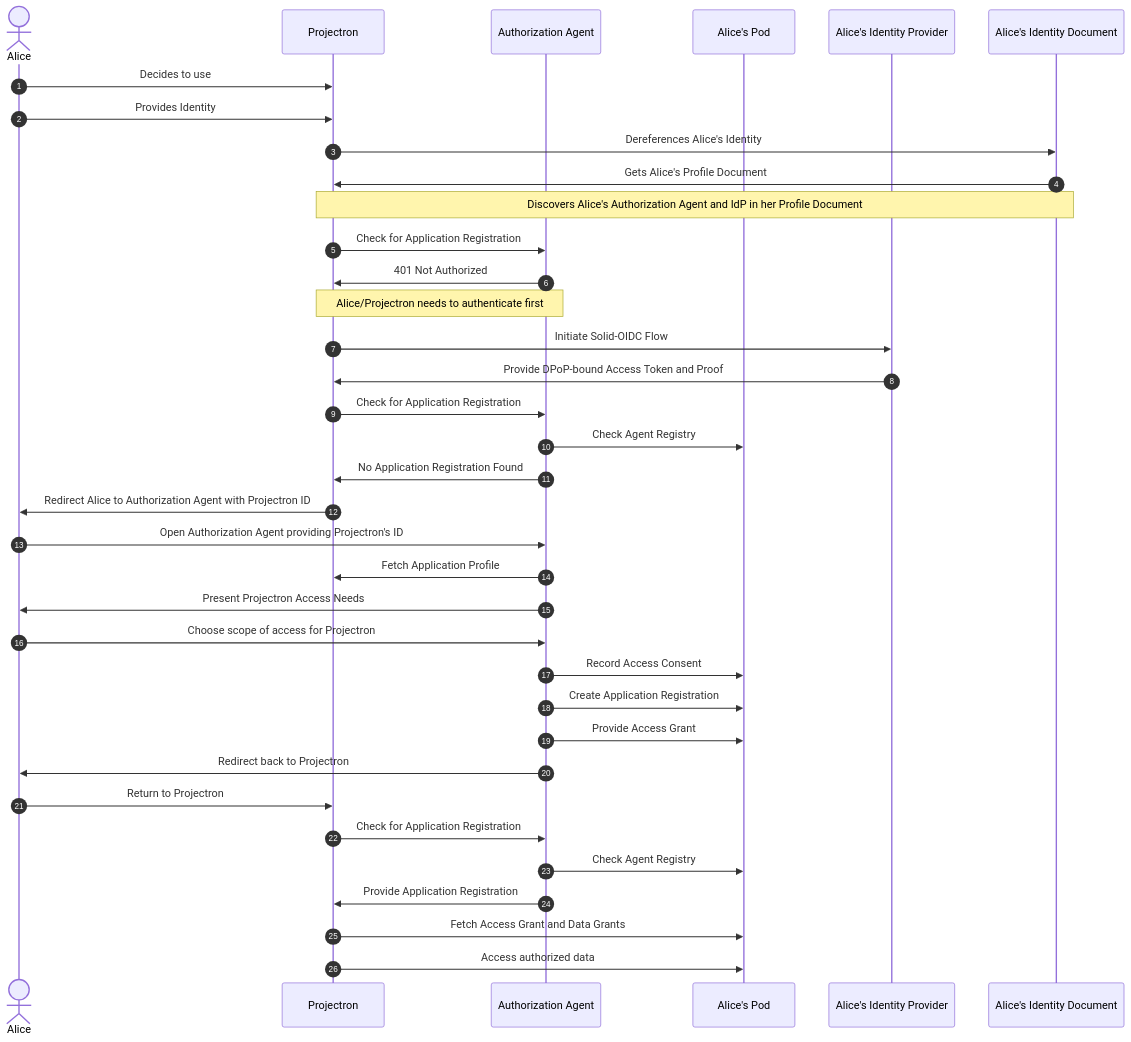
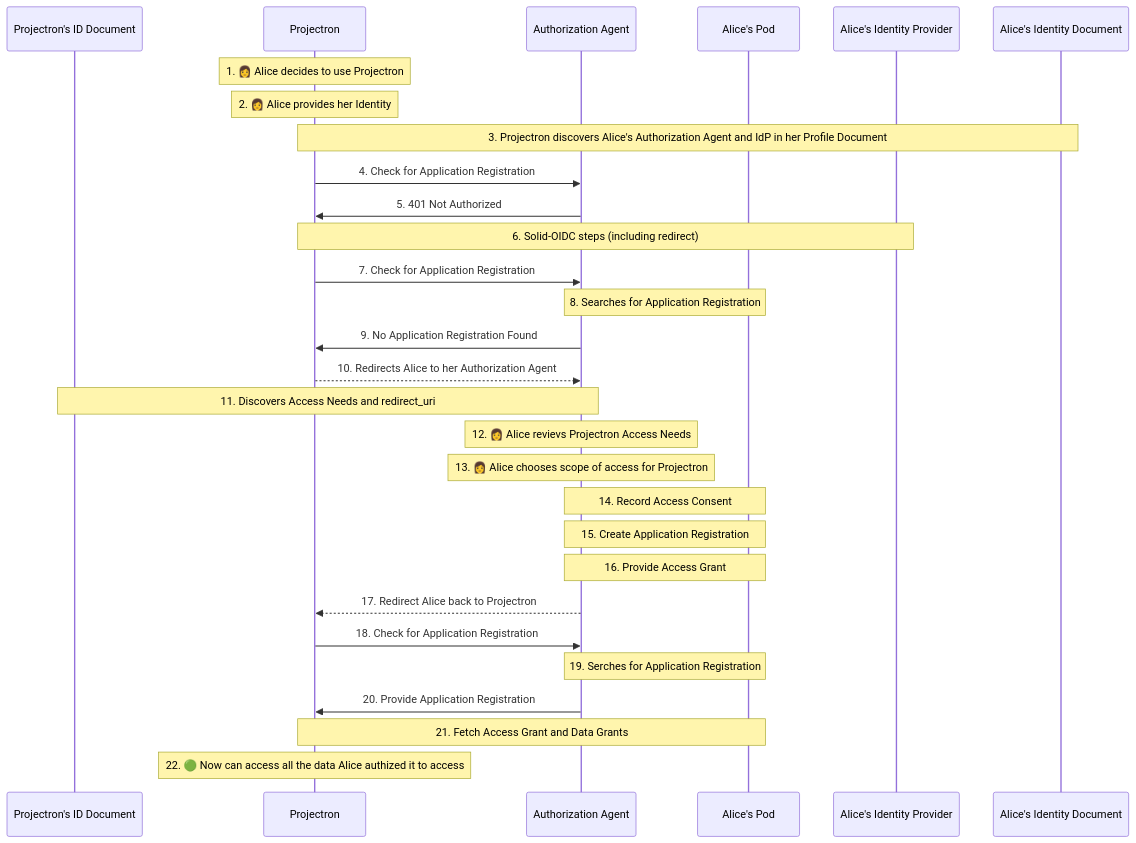
One commit to solid/data-interoperability-panel changed the diagram in proposals/specification/diagrams/application-requests-access-flow.seq.mmd. Above: the diagram before and after it, drawn with Mermaid. The commit also changed other lines of this file and 2 other files, not shown here.

Commit message:
modified app req access sequence diagram

```diff
--- a/proposals/specification/diagrams/application-requests-access-flow.seq.mmd
+++ b/proposals/specification/diagrams/application-requests-access-flow.seq.mmd
@@ -1,36 +1,29 @@
 sequenceDiagram
-    autonumber
-    actor Alice
+    participant Projectron's ID Document
     participant Projectron
     participant Authorization Agent
     participant Alice's Pod
     participant Alice's Identity Provider
     participant Alice's Identity Document
-    Alice->>Projectron: Decides to use
-    Alice->>Projectron: Provides Identity
-    Projectron->>Alice's Identity Document: Dereferences Alice's Identity
-    Alice's Identity Document->>Projectron: Gets Alice's Profile Document
-    Note over Alice's Identity Document,Projectron: Discovers Alice's Authorization Agent and IdP in her Profile Document
-    Projectron->>Authorization Agent: Check for Application Registration
-    Authorization Agent->>Projectron: 401 Not Authorized
-    Note over Authorization Agent,Projectron: Alice/Projectron needs to authenticate first
-    Projectron->>Alice's Identity Provider: Initiate Solid-OIDC Flow
-    Alice's Identity Provider->>Projectron: Provide DPoP-bound Access Token and Proof
-    Projectron->>Authorization Agent: Check for Application Registration
-    Authorization Agent->>Alice's Pod: Check Agent Registry
-    Authorization Agent->>Projectron: No Application Registration Found
-    Projectron->>Alice: Redirect Alice to Authorization Agent with Projectron ID
-    Alice->>Authorization Agent: Open Authorization Agent providing Projectron's ID
-    Authorization Agent->>Projectron: Fetch Application Profile
-    Authorization Agent->>Alice: Present Projectron Access Needs
-    Alice->>Authorization Agent: Choose scope of access for Projectron
-    Authorization Agent->>Alice's Pod: Record Access Consent
-    Authorization Agent->>Alice's Pod: Create Application Registration
-    Authorization Agent->>Alice's Pod: Provide Access Grant
-    Authorization Agent->>Alice: Redirect back to Projectron
-    Alice->>Projectron: Return to Projectron
-    Projectron->>Authorization Agent: Check for Application Registration
-    Authorization Agent->>Alice's Pod: Check Agent Registry
-    Authorization Agent->>Projectron: Provide Application Registration
-    Projectron->>Alice's Pod: Fetch Access Grant and Data Grants
-    Projectron->>Alice's Pod: Access authorized data
+    Note over Projectron: 1. 👩 Alice decides to use Projectron
+    Note over Projectron: 2. 👩 Alice provides her Identity
+    Note over Alice's Identity Document,Projectron: 3. Projectron discovers Alice's Authorization Agent and IdP in her Profile Document
+    Projectron->>Authorization Agent: 4. Check for Application Registration
+    Authorization Agent->>Projectron: 5. 401 Not Authorized
+    Note over Projectron, Alice's Identity Provider: 6. Solid-OIDC steps (including redirect)
+    Projectron->>Authorization Agent: 7. Check for Application Registration
+    Note over Authorization Agent, Alice's Pod: 8. Searches for Application Registration
+    Authorization Agent->>Projectron: 9. No Application Registration Found
+    Projectron-->>Authorization Agent: 10. Redirects Alice to her Authorization Agent
+    Note over Projectron's ID Document, Authorization Agent: 11. Discovers Access Needs and redirect_uri
+    Note over Authorization Agent: 12. 👩 Alice revievs Projectron Access Needs
+    Note over Authorization Agent: 13. 👩 Alice chooses scope of access for Projectron
+    Note over Authorization Agent, Alice's Pod: 14. Record Access Consent
+    Note over Authorization Agent, Alice's Pod: 15. Create Application Registration
+    Note over Authorization Agent, Alice's Pod: 16. Provide Access Grant
+    Authorization Agent-->>Projectron: 17. Redirect Alice back to Projectron
+    Projectron->>Authorization Agent: 18. Check for Application Registration
+    Note over Authorization Agent, Alice's Pod: 19. Serches for Application Registration
+    Authorization Agent->>Projectron: 20. Provide Application Registration
+    Note over Projectron, Alice's Pod: 21. Fetch Access Grant and Data Grants
+    Note over Projectron: 22. 🟢 Now can access all the data Alice authized it to access
```
